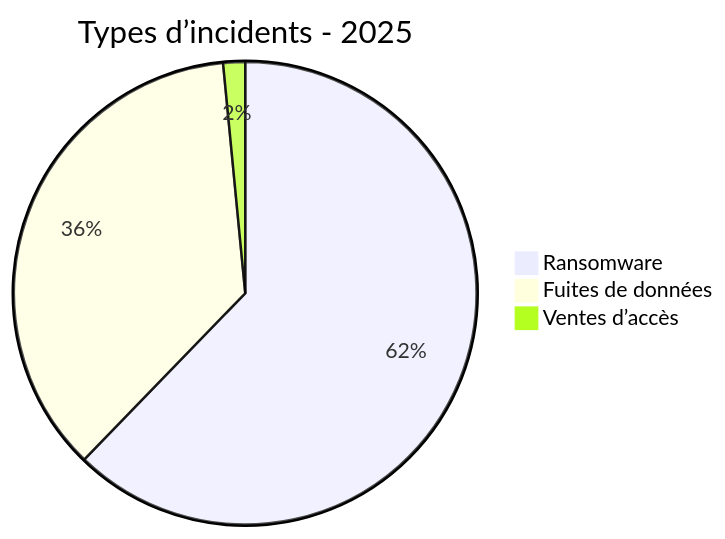
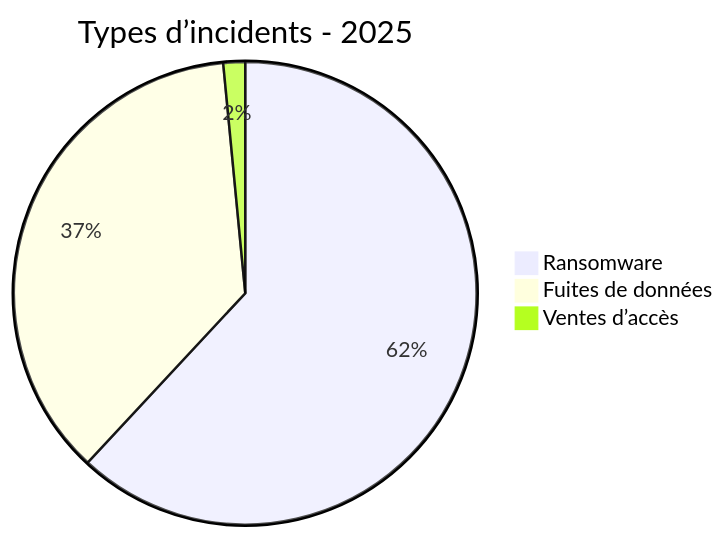
The second of 7 diagrams in CyberAttackAfrica/2025/README_FR.md (Hatchepsoute/AFRINTEL), drawn with Mermaid before and after one commit. The commit also changed other lines of this file and 112 other files, not shown here.

````diff
--- a/CyberAttackAfrica/2025/README_FR.md
+++ b/CyberAttackAfrica/2025/README_FR.md
@@ -81,7 +85,7 @@
 ```mermaid
 pie
     title Types d’incidents - 2025
     "Ransomware" : 122
-    "Fuites de données" : 71
+    "Fuites de données" : 72
     "Ventes d’accès" : 3
 ```
````
